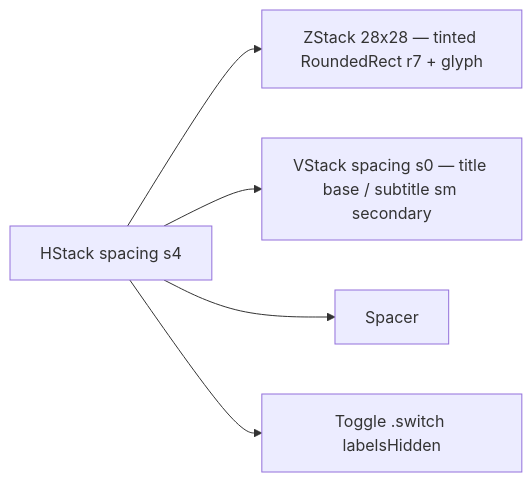
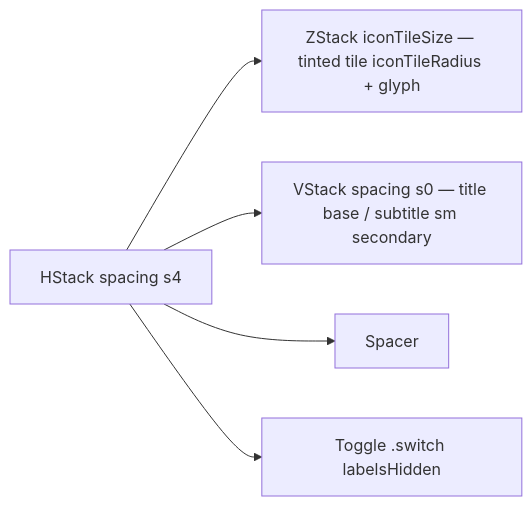
Before and after one commit to MrDemonWolf/wolfwave: the diagram in design-system/components/onboarding-toggle-card.md, drawn with Mermaid. The commit also changed other lines of this file and 5 other files, not shown here.

First line of the commit message:
refactor(onboarding): tokenize OnboardingToggleCard icon tile

````diff
--- a/design-system/components/onboarding-toggle-card.md
+++ b/design-system/components/onboarding-toggle-card.md
@@ -40,7 +41,7 @@
 ```mermaid
 graph LR
-  Card[HStack spacing s4] --> Tile[ZStack 28x28 — tinted RoundedRect r7 + glyph]
+  Card[HStack spacing s4] --> Tile[ZStack iconTileSize — tinted tile iconTileRadius + glyph]
   Card --> Text[VStack spacing s0 — title base / subtitle sm secondary]
   Card --> Spacer
   Card --> Switch[Toggle .switch labelsHidden]
 ```
````
